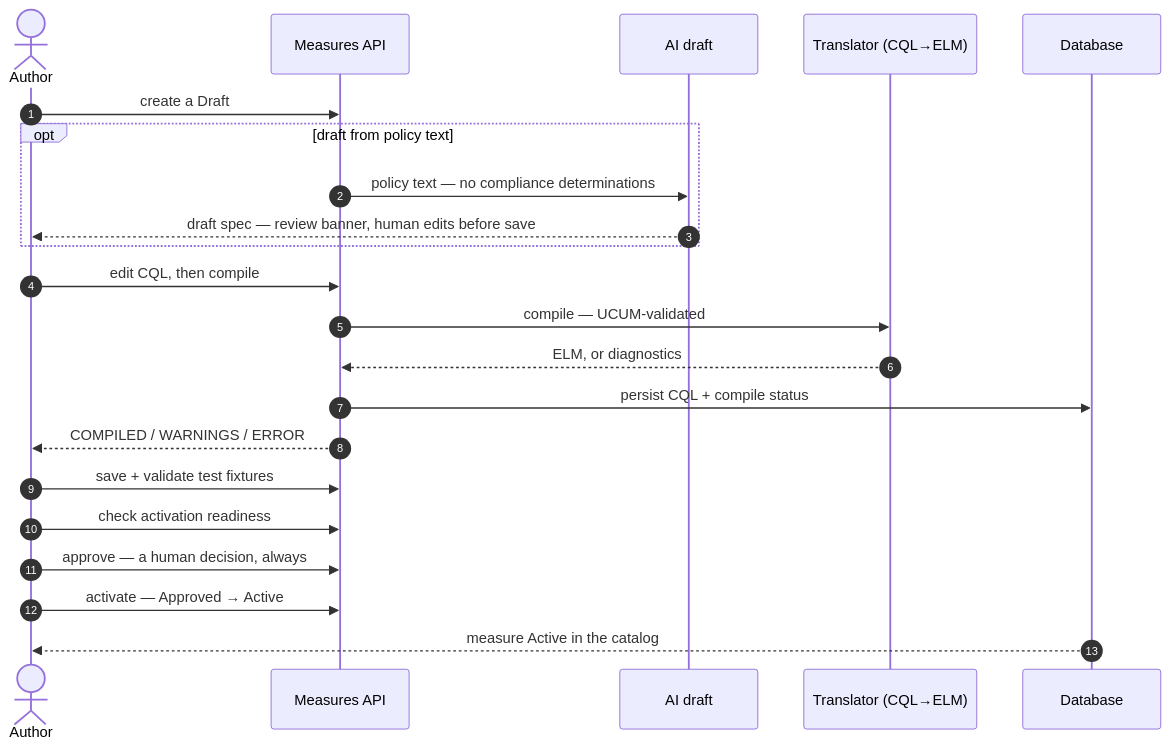
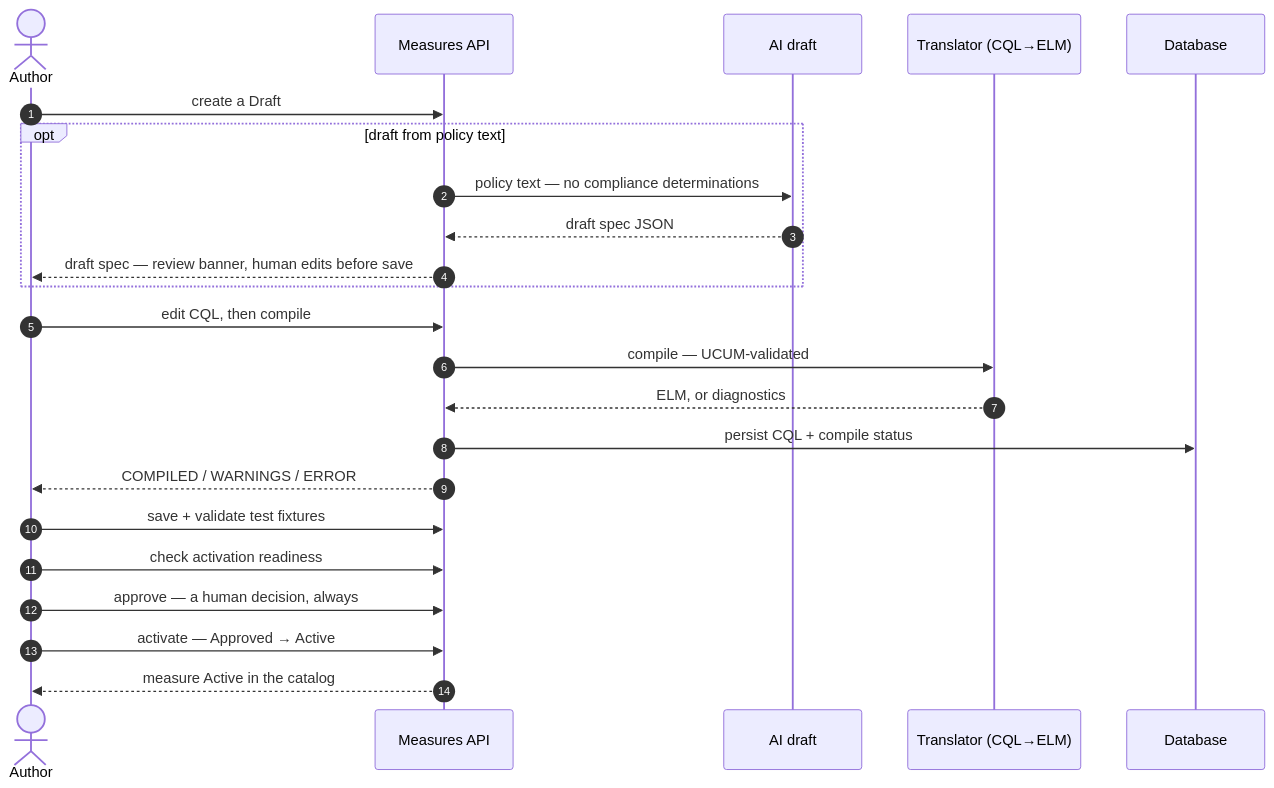
One commit to Taleef7/workwell changed the fourth of 6 diagrams in docs/guide/10-scenarios.md. Above: the diagram before and after it, drawn with Mermaid. The commit also changed other lines of this file, not shown here.

````diff
--- a/docs/guide/10-scenarios.md
+++ b/docs/guide/10-scenarios.md
@@ -208,24 +243,25 @@
 ```mermaid
 sequenceDiagram
   autonumber
   actor Au as Author
   participant M as Measures API
   participant AI as AI draft
   participant T as Translator (CQL→ELM)
   participant DB as Database
   Au->>M: create a Draft
   opt draft from policy text
     M->>AI: policy text — no compliance determinations
-    AI-->>Au: draft spec — review banner, human edits before save
+    AI-->>M: draft spec JSON
+    M-->>Au: draft spec — review banner, human edits before save
   end
   Au->>M: edit CQL, then compile
   M->>T: compile — UCUM-validated
   T-->>M: ELM, or diagnostics
   M->>DB: persist CQL + compile status
   M-->>Au: COMPILED / WARNINGS / ERROR
   Au->>M: save + validate test fixtures
   Au->>M: check activation readiness
   Au->>M: approve — a human decision, always
   Au->>M: activate — Approved → Active
-  DB-->>Au: measure Active in the catalog
+  M-->>Au: measure Active in the catalog
 ```
````
